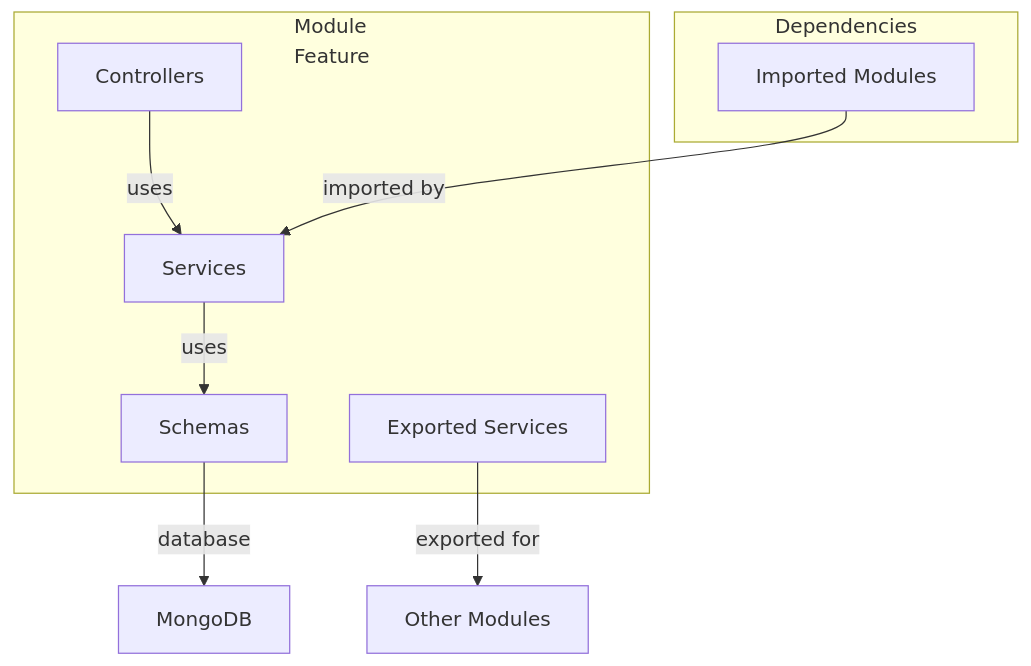
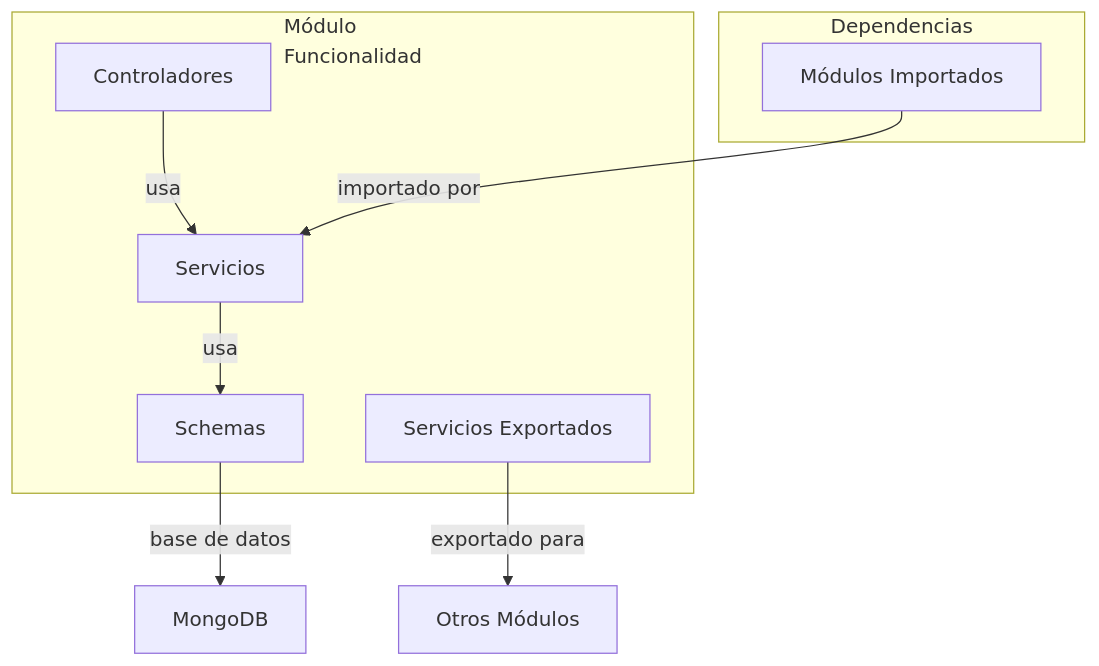
Before and after one commit to Byroncl/laboratory-reviews: the first of 4 diagrams in docs-post-message/docs/backend/architecture/module-structure.md, drawn with Mermaid. The commit also changed other lines of this file and 17 other files, not shown here.

Commit message:
refactor: implement clean architecture patterns with domains, repositories, use cases, constants, and comprehensive tests

````diff
--- a/docs-post-message/docs/backend/architecture/module-structure.md
+++ b/docs-post-message/docs/backend/architecture/module-structure.md
@@ -13,20 +13,20 @@
 ```mermaid
 graph TB
-    subgraph "Module<br/>Feature"
-        Controllers["Controllers"]
-        Services["Services"]
+    subgraph "Módulo<br/>Funcionalidad"
+        Controllers["Controladores"]
+        Services["Servicios"]
         Models["Schemas"]
-        Exports["Exported Services"]
+        Exports["Servicios Exportados"]
     end
     
-    subgraph "Dependencies"
-        Imports["Imported Modules"]
+    subgraph "Dependencias"
+        Imports["Módulos Importados"]
     end
     
-    Controllers -->|uses| Services
-    Services -->|uses| Models
-    Models -->|database| MongoDB["MongoDB"]
+    Controllers -->|usa| Services
+    Services -->|usa| Models
+    Models -->|base de datos| MongoDB["MongoDB"]
     
-    Imports -->|imported by| Services
-    Exports -->|exported for| OtherModules["Other Modules"]
+    Imports -->|importado por| Services
+    Exports -->|exportado para| OtherModules["Otros Módulos"]
 ```
````
